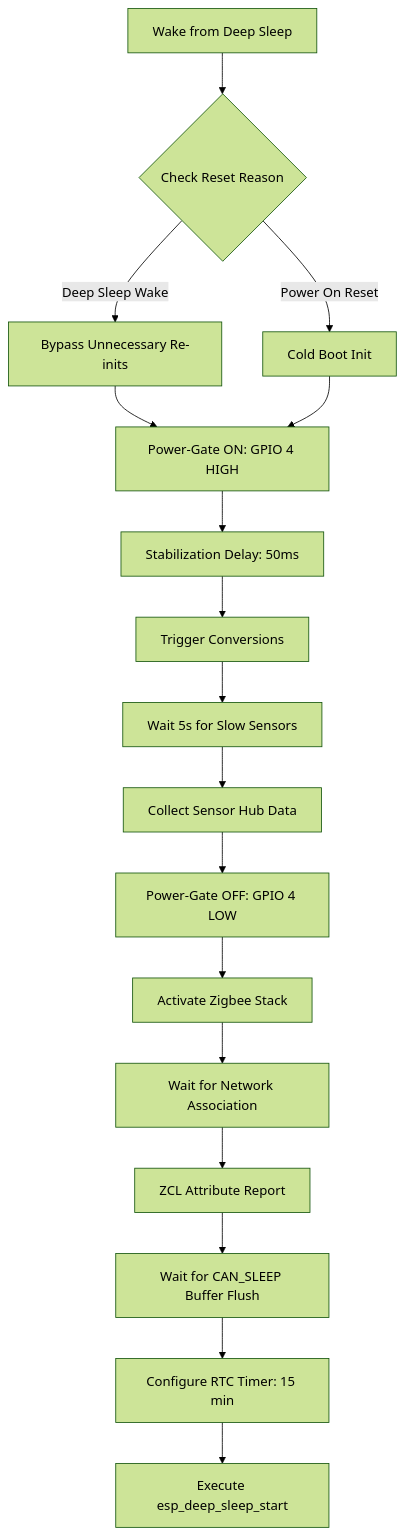
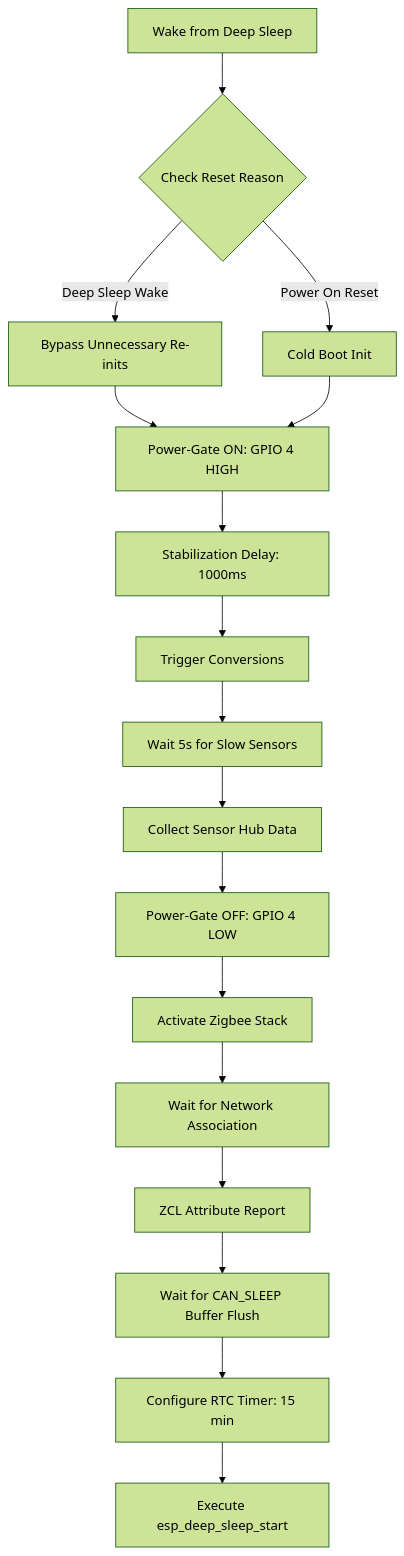
The diagram in docs/end_node_guide.md (mahdi-benhassen/esp-zigbee-matter-ecosystem), drawn with Mermaid (forest theme) before and after one commit. The commit also changed other lines of this file and 1 other file, not shown here.

````diff
--- a/docs/end_node_guide.md
+++ b/docs/end_node_guide.md
@@ -13,19 +13,19 @@
 ```mermaid
 graph TD
     A[Wake from Deep Sleep] --> B{Check Reset Reason}
     B -- Deep Sleep Wake --> C[Bypass Unnecessary Re-inits]
     B -- Power On Reset --> D[Cold Boot Init]
     C --> E[Power-Gate ON: GPIO 4 HIGH]
     D --> E
-    E --> F[Stabilization Delay: 50ms]
+    E --> F[Stabilization Delay: 1000ms]
     F --> G[Trigger Conversions]
     G --> H[Wait 5s for Slow Sensors]
     H --> I[Collect Sensor Hub Data]
     I --> J[Power-Gate OFF: GPIO 4 LOW]
     J --> K[Activate Zigbee Stack]
     K --> L[Wait for Network Association]
     L --> M[ZCL Attribute Report]
     M --> N[Wait for CAN_SLEEP Buffer Flush]
     N --> O[Configure RTC Timer: 15 min]
     O --> P[Execute esp_deep_sleep_start]
 ```
````
